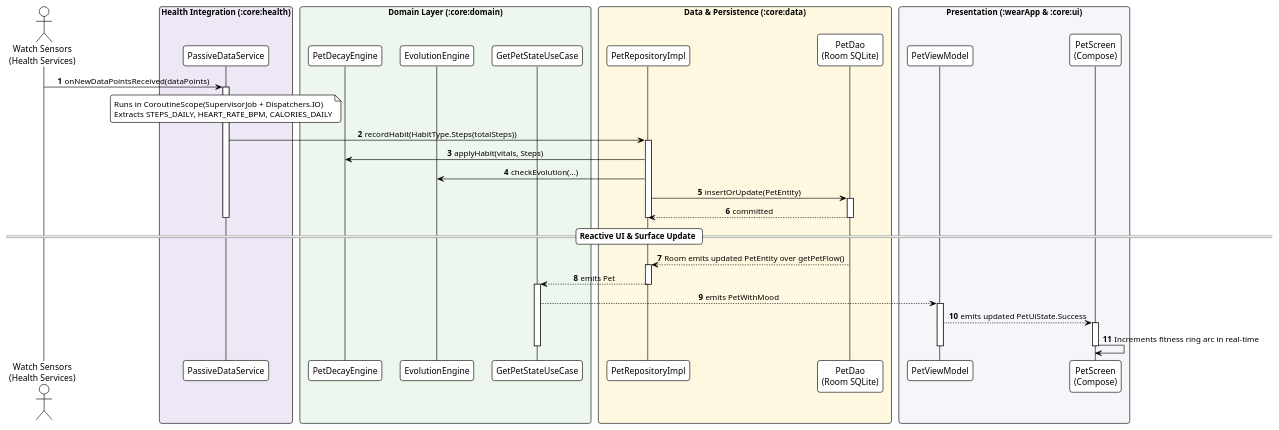
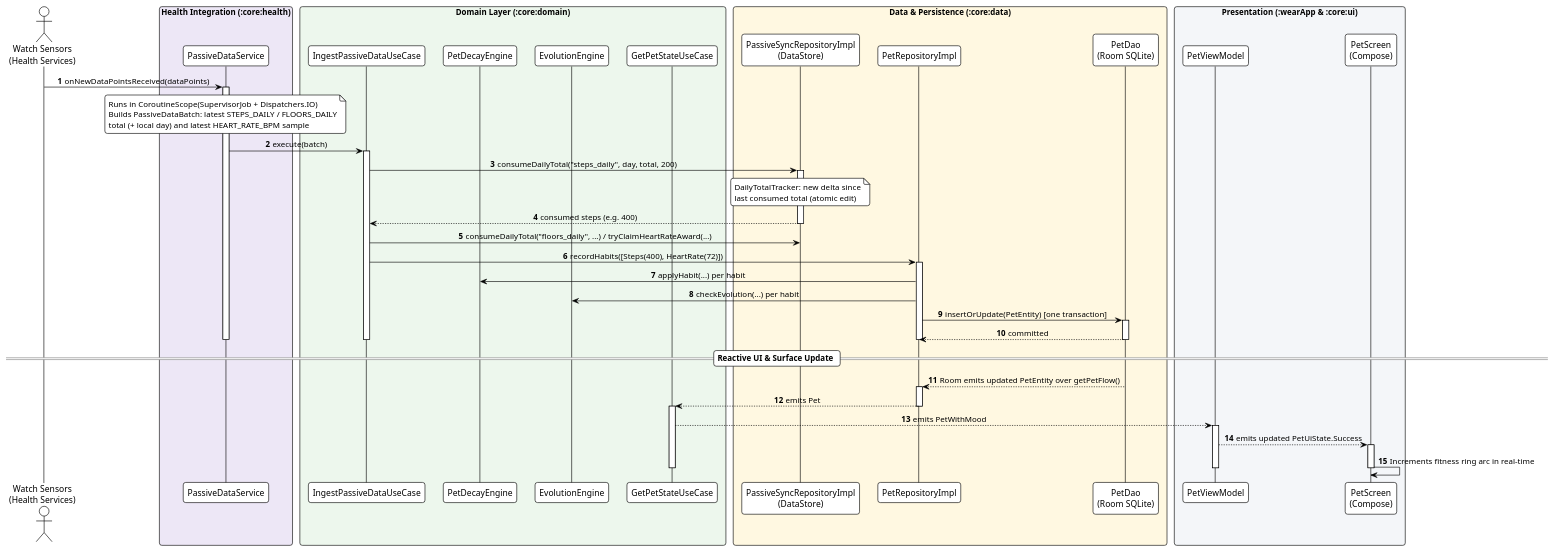
The fifth of 6 diagrams in docs/ARCHITECTURE.md (DunderGG/health-companion), drawn with PlantUML before and after one commit. The commit also changed other lines of this file and 12 other files, not shown here.

````diff
--- a/docs/ARCHITECTURE.md
+++ b/docs/ARCHITECTURE.md
@@ -383,64 +386,79 @@
 ```plantuml
 @startuml Phase3_Passive_Sensor_Event
 !theme plain
 autonumber
 skinparam roundCorner 8
 skinparam sequenceMessageAlign center
 
 actor "Watch Sensors\n(Health Services)" as sensors
 
 box "Health Integration (:core:health)" #EDE7F6
     participant "PassiveDataService" as PassiveService
 end box
 
 box "Domain Layer (:core:domain)" #EDF7ED
+    participant "IngestPassiveDataUseCase" as Ingest
     participant "PetDecayEngine" as DecayEngine
     participant "EvolutionEngine" as EvoEngine
     participant "GetPetStateUseCase" as GetUseCase
 end box
 
 box "Data & Persistence (:core:data)" #FFF8E1
+    participant "PassiveSyncRepositoryImpl\n(DataStore)" as Sync
     participant "PetRepositoryImpl" as Repo
     participant "PetDao\n(Room SQLite)" as DAO
 end box
 
 box "Presentation (:wearApp & :core:ui)" #F4F6F9
     participant "PetViewModel" as VM
     participant "PetScreen\n(Compose)" as UI
 end box
 
 sensors -> PassiveService : onNewDataPointsReceived(dataPoints)
 activate PassiveService
 note over PassiveService
   Runs in CoroutineScope(SupervisorJob + Dispatchers.IO)
-  Extracts STEPS_DAILY, HEART_RATE_BPM, CALORIES_DAILY
+  Builds PassiveDataBatch: latest STEPS_DAILY / FLOORS_DAILY
+  total (+ local day) and latest HEART_RATE_BPM sample
 end note
 
-PassiveService -> Repo : recordHabit(HabitType.Steps(totalSteps))
+PassiveService -> Ingest : execute(batch)
+activate Ingest
+Ingest -> Sync : consumeDailyTotal("steps_daily", day, total, 200)
+activate Sync
+note over Sync
+  DailyTotalTracker: new delta since
+  last consumed total (atomic edit)
+end note
+Sync --> Ingest : consumed steps (e.g. 400)
+deactivate Sync
+Ingest -> Sync : consumeDailyTotal("floors_daily", ...) / tryClaimHeartRateAward(...)
+Ingest -> Repo : recordHabits([Steps(400), HeartRate(72)])
 activate Repo
-Repo -> DecayEngine : applyHabit(vitals, Steps)
-Repo -> EvoEngine : checkEvolution(...)
-Repo -> DAO : insertOrUpdate(PetEntity)
+Repo -> DecayEngine : applyHabit(...) per habit
+Repo -> EvoEngine : checkEvolution(...) per habit
+Repo -> DAO : insertOrUpdate(PetEntity) [one transaction]
 activate DAO
 DAO --> Repo : committed
 deactivate DAO
 deactivate Repo
+deactivate Ingest
 deactivate PassiveService
 
 == Reactive UI & Surface Update ==
 
 DAO --> Repo : Room emits updated PetEntity over getPetFlow()
 activate Repo
 Repo --> GetUseCase : emits Pet
 deactivate Repo
 activate GetUseCase
 GetUseCase --> VM : emits PetWithMood
 activate VM
 VM --> UI : emits updated PetUiState.Success
 activate UI
 UI -> UI : Increments fitness ring arc in real-time
 deactivate UI
 deactivate VM
 deactivate GetUseCase
 @enduml
 ```
````
